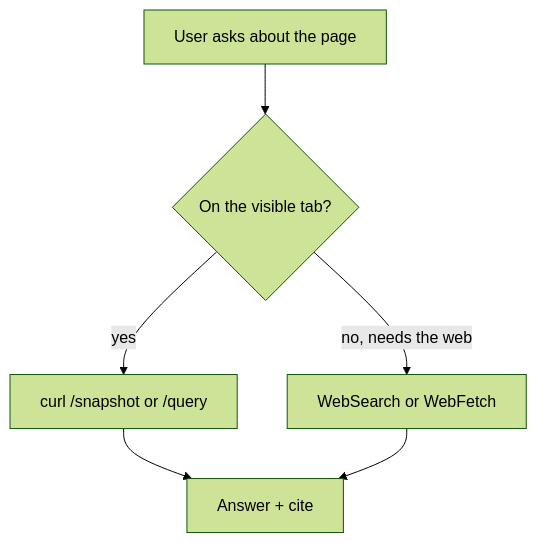
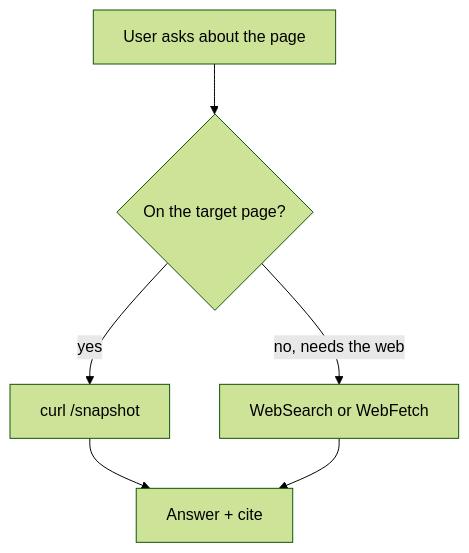
One commit to sersiousSenpai/redline changed the diagram in skills/browse/SKILL.md. Above: the diagram before and after it, drawn with Mermaid (forest theme). The commit also changed other lines of this file and 3 other files, not shown here.

````diff
--- a/skills/browse/SKILL.md
+++ b/skills/browse/SKILL.md
@@ -235,8 +228,8 @@
 ```mermaid
 flowchart TD
-  A[User asks about the page] --> B{On the visible tab?}
-  B -->|yes| C[curl /snapshot or /query]
+  A[User asks about the page] --> B{On the target page?}
+  B -->|yes| C[curl /snapshot]
   B -->|no, needs the web| D[WebSearch or WebFetch]
   C --> E[Answer + cite]
   D --> E
 ```
````
